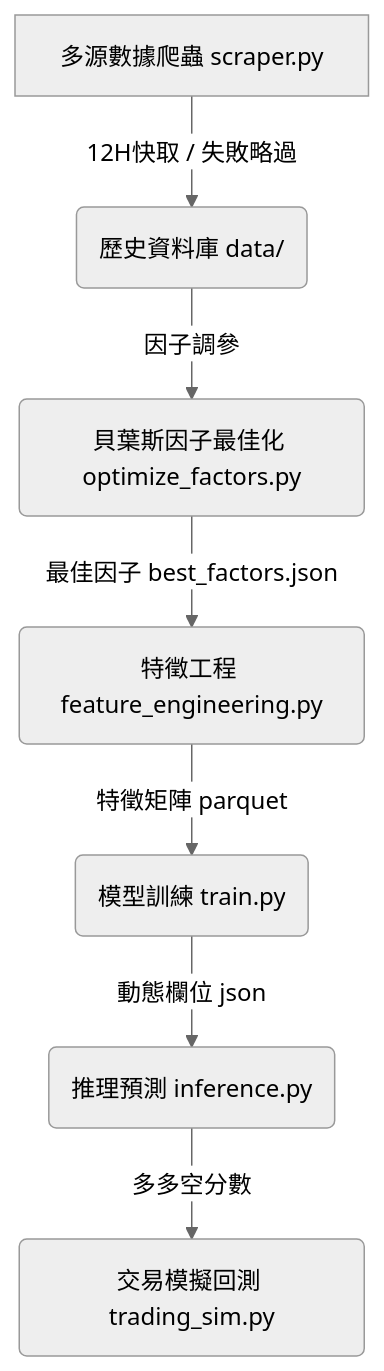
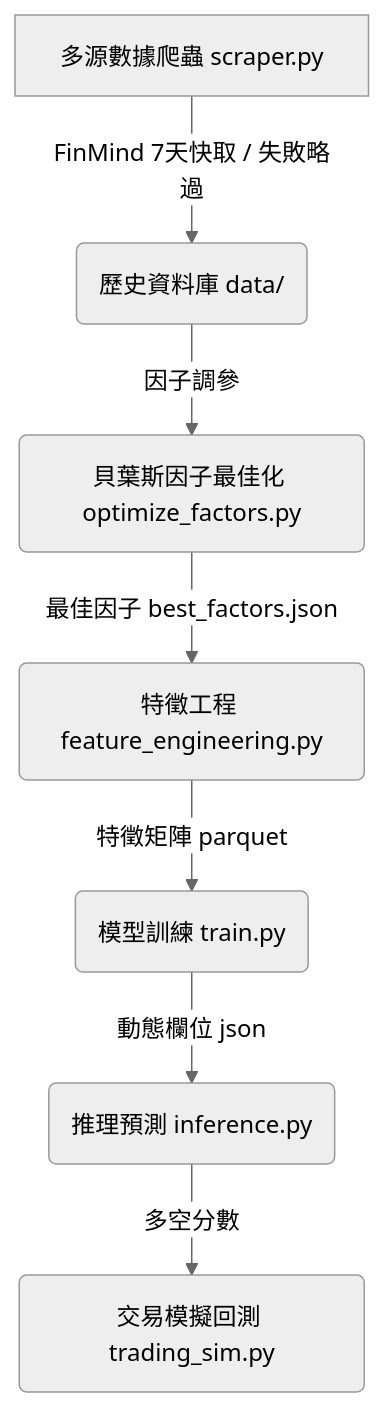
The diagram in README.md (KresseLock/Stock), drawn with Mermaid (neutral theme) before and after one commit.

````diff
--- a/README.md
+++ b/README.md
@@ -27,9 +27,9 @@
 ```mermaid
 graph TD
-    A[多源數據爬蟲 scraper.py] -->|12H快取 / 失敗略過| B(歷史資料庫 data/)
+    A[多源數據爬蟲 scraper.py] -->|FinMind 7天快取 / 失敗略過| B(歷史資料庫 data/)
     B -->|因子調參| C(貝葉斯因子最佳化 optimize_factors.py)
     C -->|最佳因子 best_factors.json| D(特徵工程 feature_engineering.py)
     D -->|特徵矩陣 parquet| E(模型訓練 train.py)
     E -->|動態欄位 json| F(推理預測 inference.py)
-    F -->|多多空分數| G(交易模擬回測 trading_sim.py)
+    F -->|多空分數| G(交易模擬回測 trading_sim.py)
 ```
````
